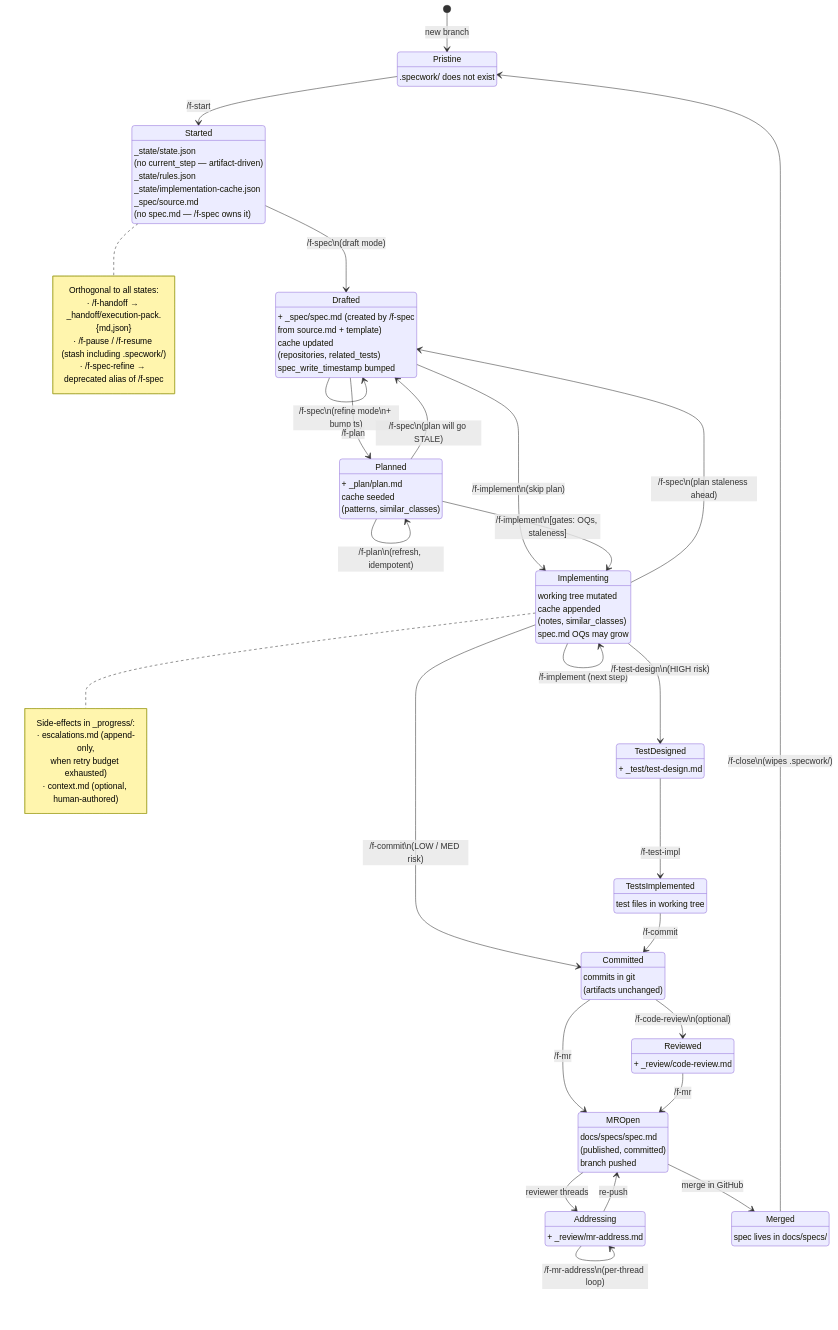
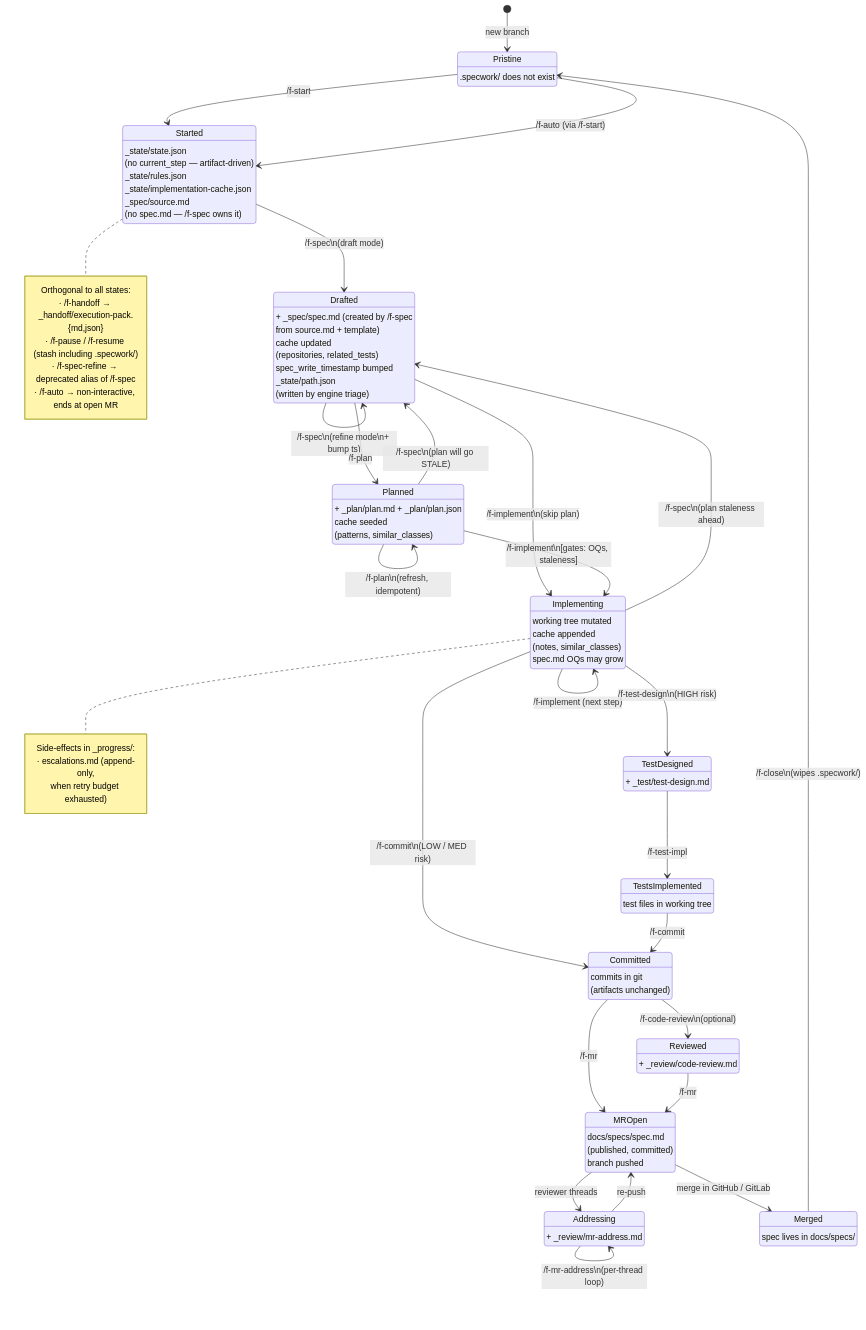
The third of 3 diagrams in docs/learning/sdd-state-diagrams.md (gatsby2008/open-sdd), drawn with Mermaid before and after one commit. The commit also changed other lines of this file and 5 other files, not shown here.

````diff
--- a/docs/learning/sdd-state-diagrams.md
+++ b/docs/learning/sdd-state-diagrams.md
@@ -158,9 +174,10 @@
     Drafted: + _spec/spec.md (created by /f-spec\nfrom source.md + template)
     Drafted: cache updated\n(repositories, related_tests)
     Drafted: spec_write_timestamp bumped
+    Drafted: _state/path.json\n(written by engine triage)
 
     state "Planned" as Planned
-    Planned: + _plan/plan.md
+    Planned: + _plan/plan.md + _plan/plan.json
     Planned: cache seeded\n(patterns, similar_classes)
 
     state "Implementing" as Implementing
@@ -191,6 +208,8 @@
     Merged: spec lives in docs/specs/
 
     Pristine --> Started: /f-start
+    Pristine --> Started: /f-auto (via /f-start)
+
     Started --> Drafted: /f-spec\n(draft mode)
     Drafted --> Drafted: /f-spec\n(refine mode\n+ bump ts)
     Drafted --> Planned: /f-plan
@@ -215,7 +234,7 @@
     MROpen --> Addressing: reviewer threads
     Addressing --> Addressing: /f-mr-address\n(per-thread loop)
     Addressing --> MROpen: re-push
-    MROpen --> Merged: merge in GitHub
+    MROpen --> Merged: merge in GitHub / GitLab
 
     Merged --> Pristine: /f-close\n(wipes .specwork/)
 
@@ -223,7 +242,6 @@
         Side-effects in _progress/:
         · escalations.md (append-only,
           when retry budget exhausted)
-        · context.md (optional, human-authored)
     end note
 
     note right of Started
@@ -231,5 +249,6 @@
         · /f-handoff → _handoff/execution-pack.{md,json}
         · /f-pause / /f-resume (stash including .specwork/)
         · /f-spec-refine → deprecated alias of /f-spec
+        · /f-auto → non-interactive, ends at open MR
     end note
 ```
````
